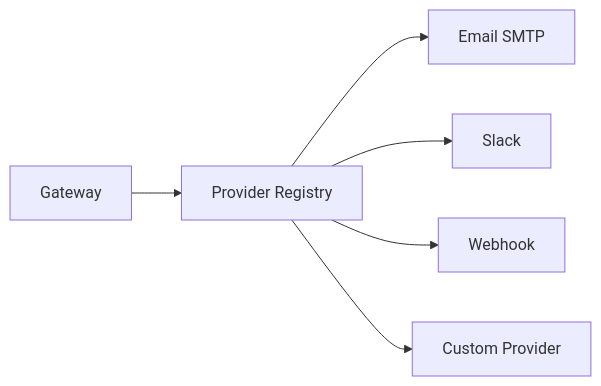
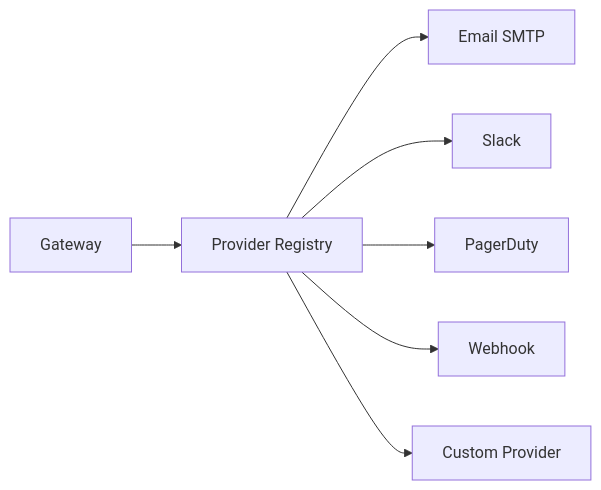
One commit to penserai/acteon changed the diagram in docs/book/concepts/providers.md. Above: the diagram before and after it, drawn with Mermaid. The commit also changed other lines of this file and 1 other file, not shown here.

Commit message:
Add PagerDuty to documentation and README

````diff
--- a/docs/book/concepts/providers.md
+++ b/docs/book/concepts/providers.md
@@ -7,8 +7,9 @@
 ```mermaid
 flowchart LR
     G[Gateway] --> R[Provider Registry]
     R --> E[Email SMTP]
     R --> S[Slack]
+    R --> P[PagerDuty]
     R --> W[Webhook]
     R --> C[Custom Provider]
 ```
````
